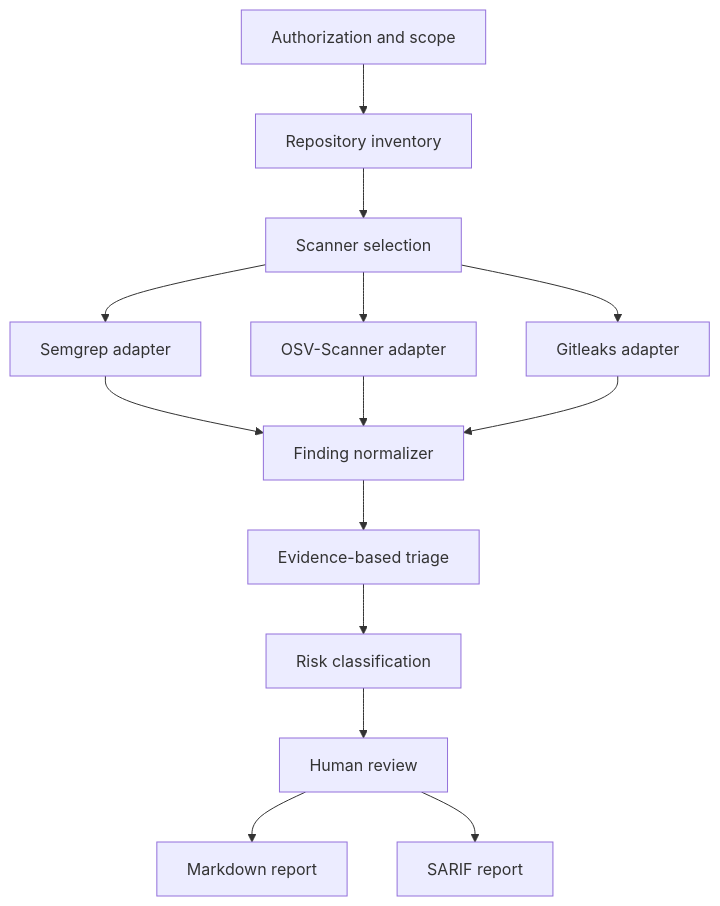
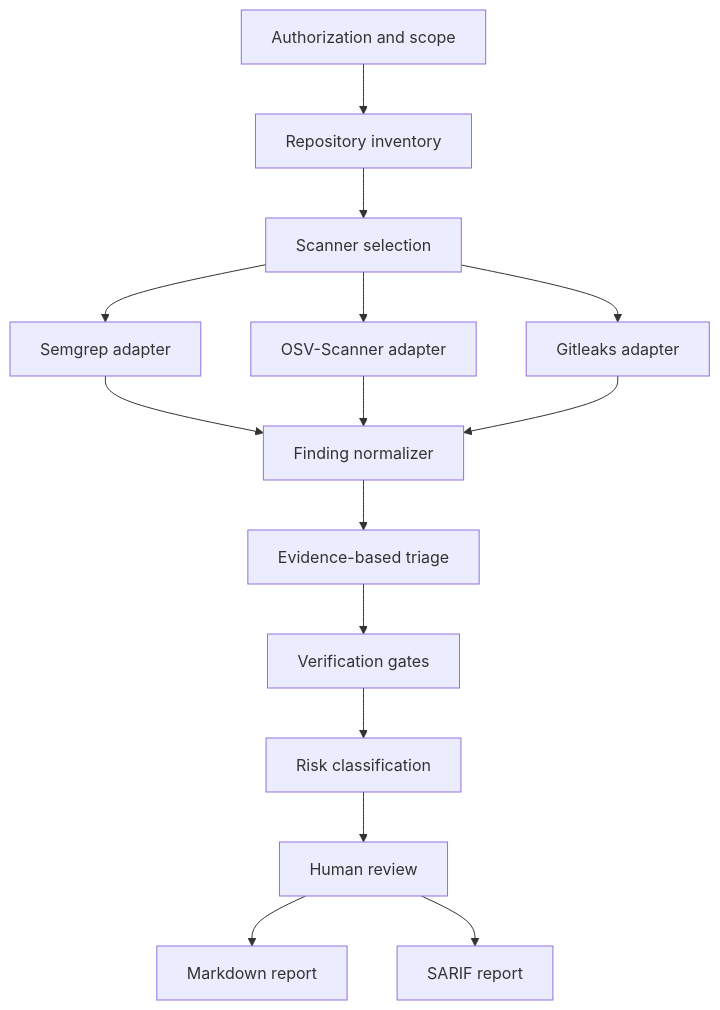
The diagram in docs/ARCHITECTURE.md (andreischuaste12-ctrl/hacker-code-konvert), drawn with Mermaid before and after one commit. The commit also changed other lines of this file and 17 other files, not shown here.

````diff
--- a/docs/ARCHITECTURE.md
+++ b/docs/ARCHITECTURE.md
@@ -11,16 +11,17 @@
 ```mermaid
 flowchart TD
     A[Authorization and scope] --> B[Repository inventory]
     B --> C[Scanner selection]
     C --> D1[Semgrep adapter]
     C --> D2[OSV-Scanner adapter]
     C --> D3[Gitleaks adapter]
     D1 --> E[Finding normalizer]
     D2 --> E
     D3 --> E
     E --> F[Evidence-based triage]
-    F --> G[Risk classification]
-    G --> H[Human review]
-    H --> I1[Markdown report]
-    H --> I2[SARIF report]
+    F --> G[Verification gates]
+    G --> H[Risk classification]
+    H --> J[Human review]
+    J --> I1[Markdown report]
+    J --> I2[SARIF report]
 ```
````
